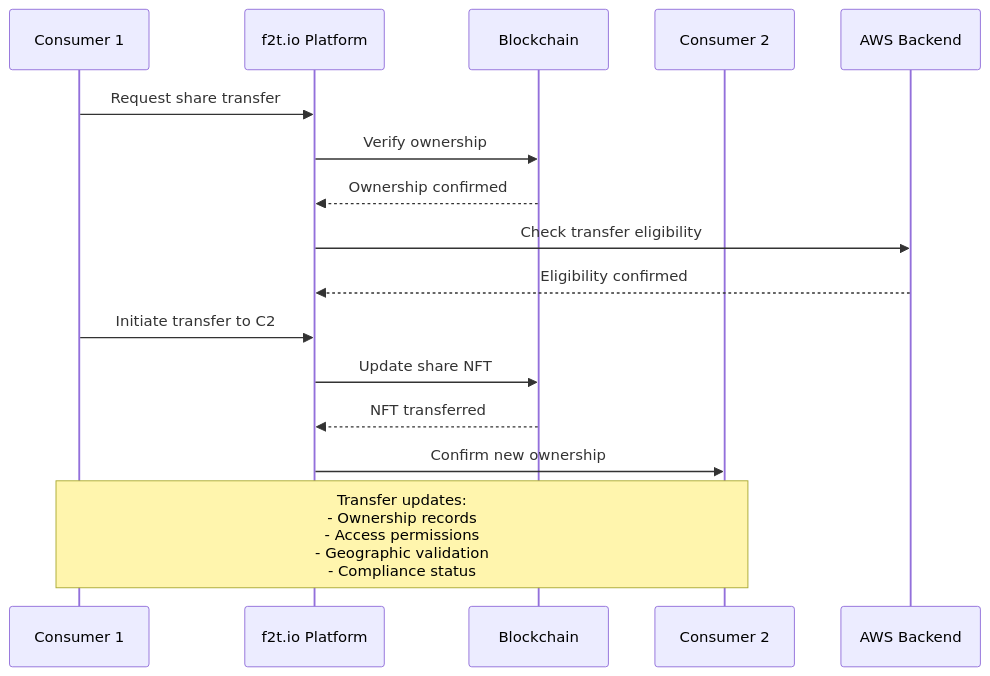
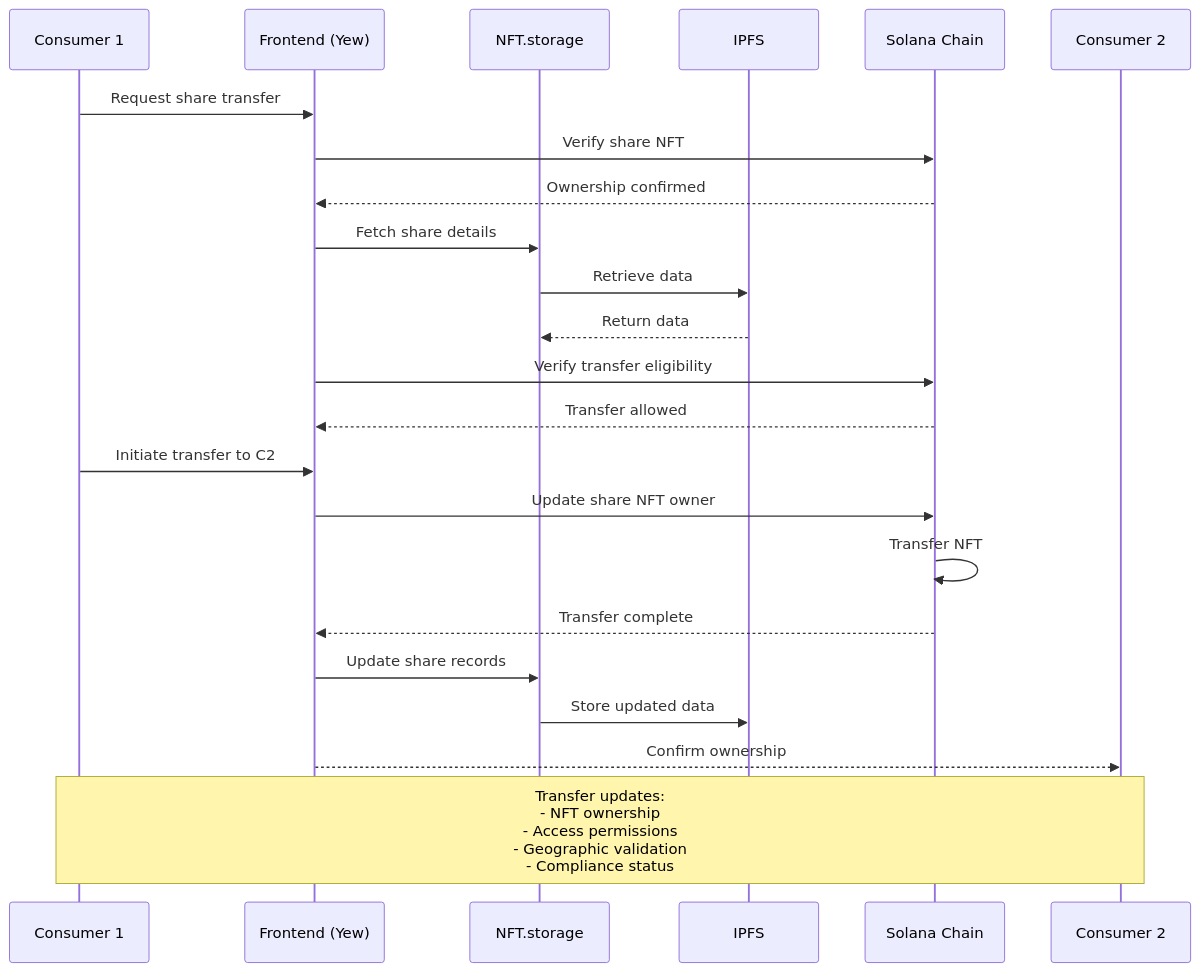
Before and after one commit to DegenVets/f2t: the diagram in docs/mermaid/shares.mmd, drawn with Mermaid. The commit also changed 5 other files, not shown here.

```diff
--- a/docs/mermaid/shares.mmd
+++ b/docs/mermaid/shares.mmd
@@ -1,19 +1,26 @@
 sequenceDiagram
     participant C1 as Consumer 1
-    participant F as f2t.io Platform
-    participant B as Blockchain
+    participant F as Frontend (Yew)
+    participant S as NFT.storage
+    participant I as IPFS
+    participant B as Solana Chain
     participant C2 as Consumer 2
-    participant AWS as AWS Backend
     
     C1->>F: Request share transfer
-    F->>B: Verify ownership
+    F->>B: Verify share NFT
     B-->>F: Ownership confirmed
-    F->>AWS: Check transfer eligibility
-    AWS-->>F: Eligibility confirmed
+    F->>S: Fetch share details
+    S->>I: Retrieve data
+    I-->>S: Return data
+    F->>B: Verify transfer eligibility
+    B-->>F: Transfer allowed
     
     C1->>F: Initiate transfer to C2
-    F->>B: Update share NFT
-    B-->>F: NFT transferred
-    F->>C2: Confirm new ownership
+    F->>B: Update share NFT owner
+    B->>B: Transfer NFT
+    B-->>F: Transfer complete
+    F->>S: Update share records
+    S->>I: Store updated data
+    F-->>C2: Confirm ownership
     
-    Note over C1,C2: Transfer updates:<br/>- Ownership records<br/>- Access permissions<br/>- Geographic validation<br/>- Compliance status
+    Note over C1,C2: Transfer updates:<br/>- NFT ownership<br/>- Access permissions<br/>- Geographic validation<br/>- Compliance status
```
